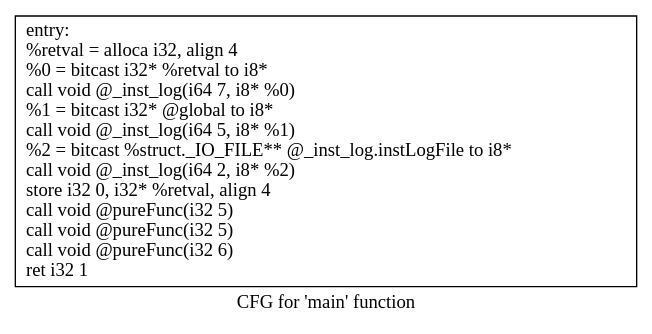
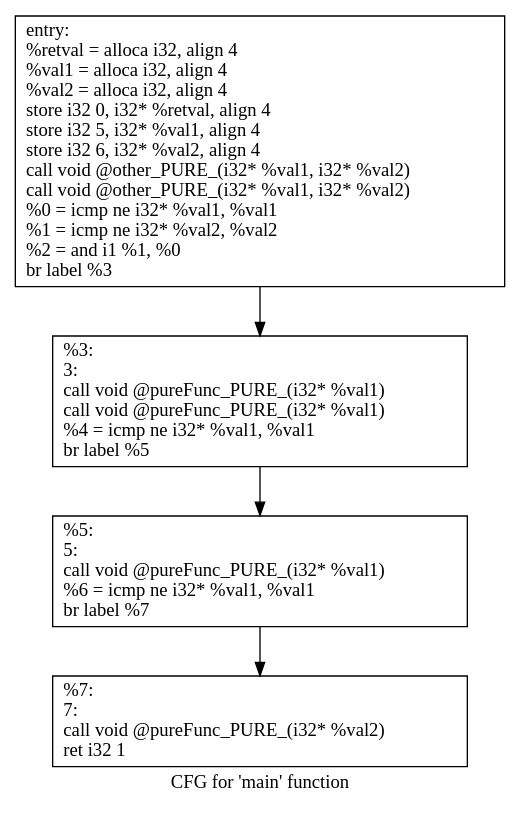
Before and after one commit to mattqemo/eecs583fp: the diagram in 583simple/.main.dot, drawn with Graphviz. The commit also changed 29 other files, not shown here.

```diff
--- a/583simple/.main.dot
+++ b/583simple/.main.dot
@@ -1,5 +1,11 @@
 digraph "CFG for 'main' function" {
 	label="CFG for 'main' function";
 
-	Node0x55dbbe2c3560 [shape=record,label="{entry:\l  %retval = alloca i32, align 4\l  %0 = bitcast i32* %retval to i8*\l  call void @_inst_log(i64 7, i8* %0)\l  %1 = bitcast i32* @global to i8*\l  call void @_inst_log(i64 5, i8* %1)\l  %2 = bitcast %struct._IO_FILE** @_inst_log.instLogFile to i8*\l  call void @_inst_log(i64 2, i8* %2)\l  store i32 0, i32* %retval, align 4\l  call void @pureFunc(i32 5)\l  call void @pureFunc(i32 5)\l  call void @pureFunc(i32 6)\l  ret i32 1\l}"];
+	Node0x5641cdaa7da0 [shape=record,label="{entry:\l  %retval = alloca i32, align 4\l  %val1 = alloca i32, align 4\l  %val2 = alloca i32, align 4\l  store i32 0, i32* %retval, align 4\l  store i32 5, i32* %val1, align 4\l  store i32 6, i32* %val2, align 4\l  call void @other_PURE_(i32* %val1, i32* %val2)\l  call void @other_PURE_(i32* %val1, i32* %val2)\l  %0 = icmp ne i32* %val1, %val1\l  %1 = icmp ne i32* %val2, %val2\l  %2 = and i1 %1, %0\l  br label %3\l}"];
+	Node0x5641cdaa7da0 -> Node0x5641cdaa7f70;
+	Node0x5641cdaa7f70 [shape=record,label="{%3:\l3:                                                \l  call void @pureFunc_PURE_(i32* %val1)\l  call void @pureFunc_PURE_(i32* %val1)\l  %4 = icmp ne i32* %val1, %val1\l  br label %5\l}"];
+	Node0x5641cdaa7f70 -> Node0x5641cdaa7fc0;
+	Node0x5641cdaa7fc0 [shape=record,label="{%5:\l5:                                                \l  call void @pureFunc_PURE_(i32* %val1)\l  %6 = icmp ne i32* %val1, %val1\l  br label %7\l}"];
+	Node0x5641cdaa7fc0 -> Node0x5641cdaa8010;
+	Node0x5641cdaa8010 [shape=record,label="{%7:\l7:                                                \l  call void @pureFunc_PURE_(i32* %val2)\l  ret i32 1\l}"];
 }
```
